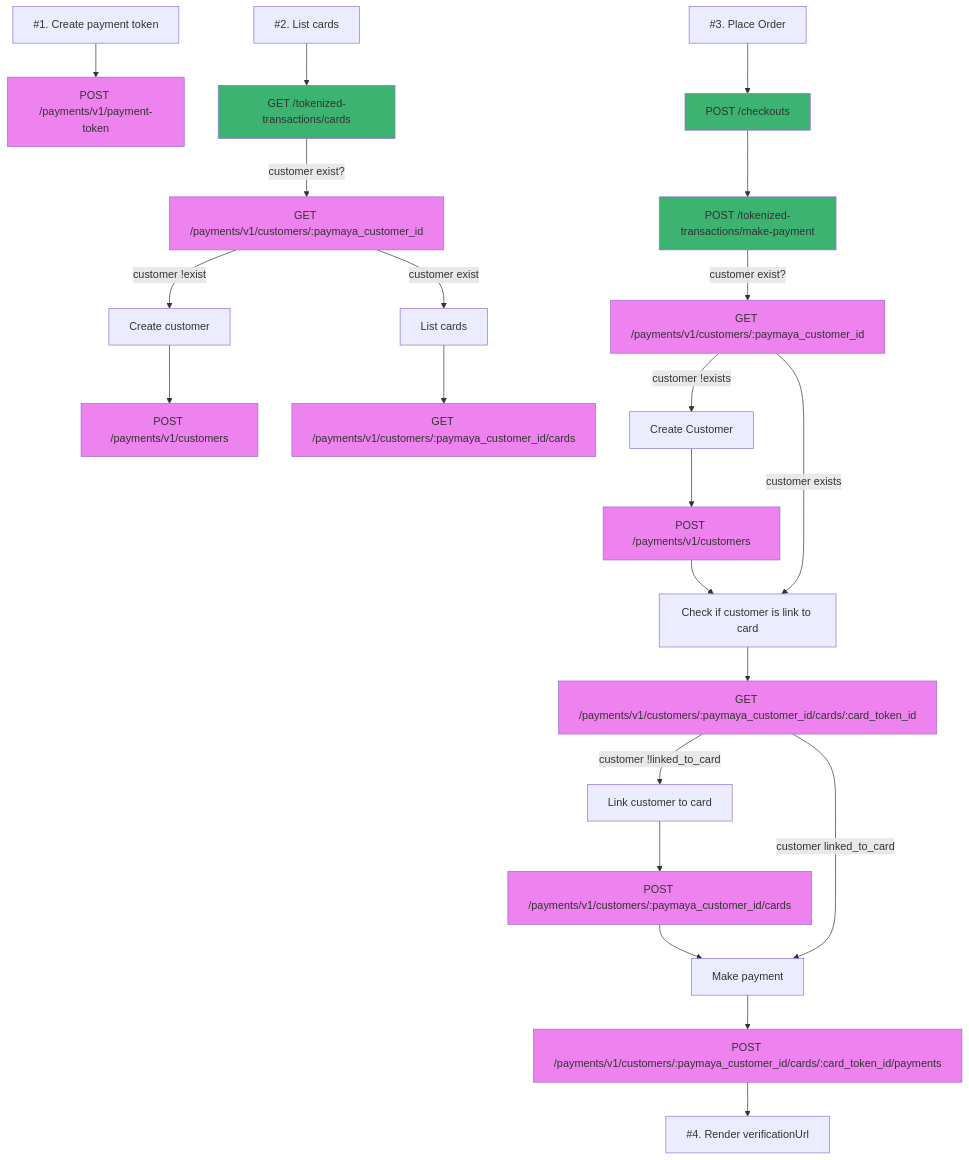
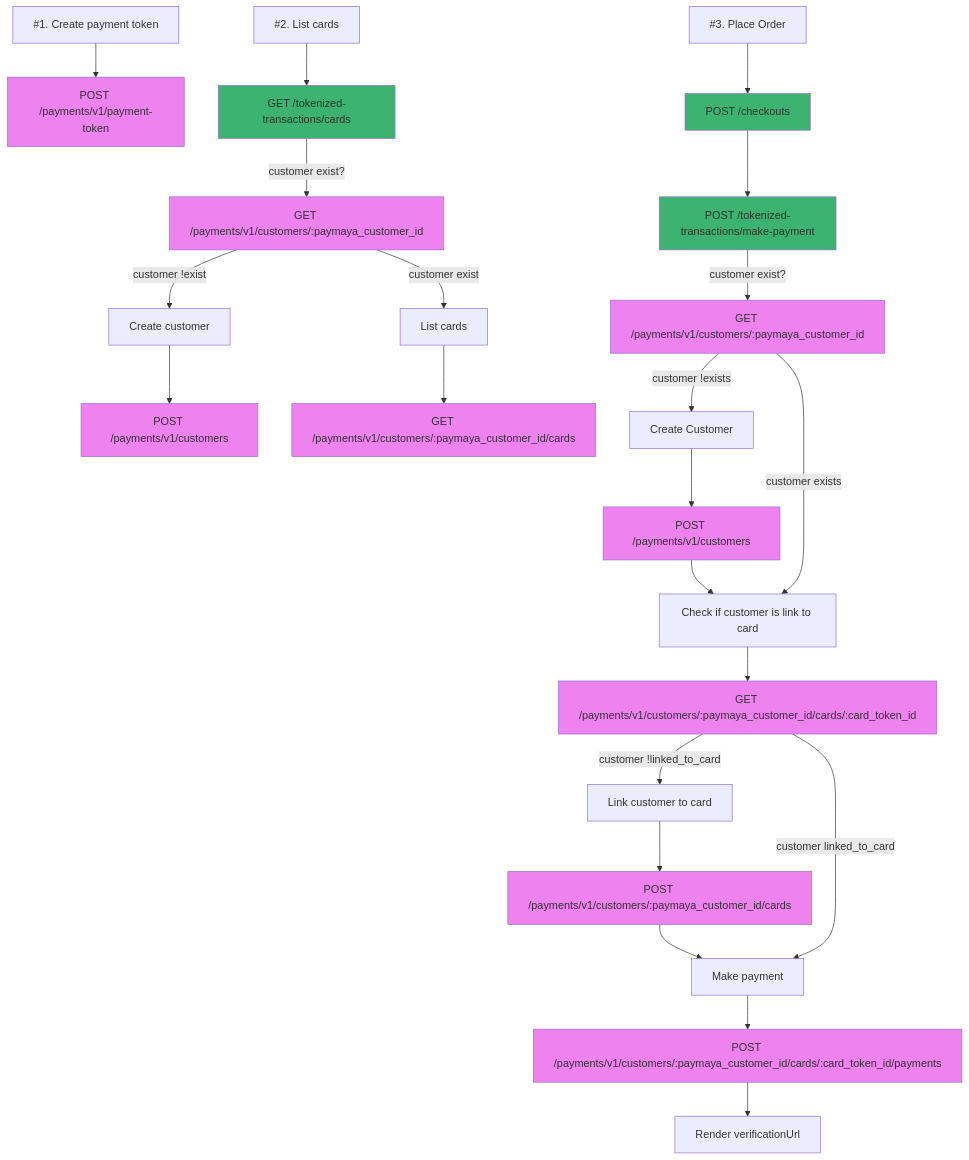
Before and after one commit to israelcoper/mermaid-diagram: the diagram in maya-payment-card-flow.md, drawn with Mermaid.

````diff
--- a/maya-payment-card-flow.md
+++ b/maya-payment-card-flow.md
@@ -2,39 +2,39 @@
 ```mermaid
 ---
 title:
 ---
 flowchart TB;
     style A1 fill:#ee82ee
     style B1 fill:#3cb371
     style E1 fill:#3cb371
     style F1 fill:#3cb371
     style F2 fill:#ee82ee
     style C fill:#ee82ee
     style D1 fill:#ee82ee
     style D3 fill:#ee82ee
     style G1 fill:#ee82ee
     style H0 fill:#ee82ee
     style H3 fill:#ee82ee
     style H4 fill:#ee82ee
     A0["#1. Create payment token"]-->A1[POST /payments/v1/payment-token];
     B0["#2. List cards"]-->B1[GET /tokenized-transactions/cards];
     B1-- customer exist? -->C[GET /payments/v1/customers/:paymaya_customer_id];
     C-- customer !exist -->D0[Create customer];
     D0-->D1[POST /payments/v1/customers];
     C-- customer exist -->D2[List cards];
     D2-->D3[GET /payments/v1/customers/:paymaya_customer_id/cards]
     E0["#3. Place Order"]-->E1[POST /checkouts];
     E1-->F1[POST /tokenized-transactions/make-payment];
     F1-- customer exist? -->F2[GET /payments/v1/customers/:paymaya_customer_id];
     F2-- customer !exists -->G0[Create Customer];
     G0-->G1[POST /payments/v1/customers];
     G1-->G2[Check if customer is link to card];
     F2-- customer exists -->G2;
     G2-->H0[GET /payments/v1/customers/:paymaya_customer_id/cards/:card_token_id]
     H0-- customer !linked_to_card -->H1[Link customer to card];
     H1-->H4[POST /payments/v1/customers/:paymaya_customer_id/cards];
     H4-->H2;
     H0-- customer linked_to_card -->H2[Make payment];
     H2-->H3[POST /payments/v1/customers/:paymaya_customer_id/cards/:card_token_id/payments]
-    H3-->I["#4. Render verificationUrl"];
+    H3-->I[Render verificationUrl];
 ```
````
